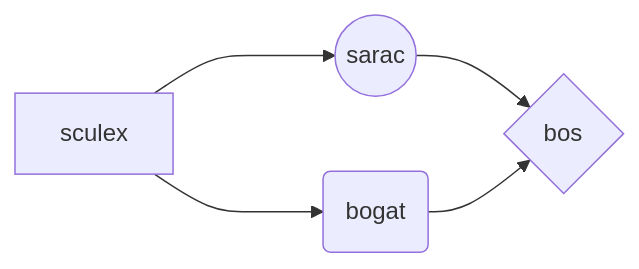
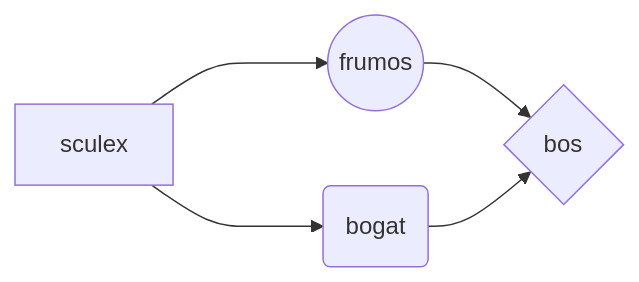
Before and after one commit to sculex/bosi: the first of 2 diagrams in README.md, drawn with Mermaid. The commit also changed other lines of this file, not shown here.

````diff
--- a/README.md
+++ b/README.md
@@ -22,7 +22,7 @@
 ```mermaid
 graph LR
-A[sculex] ---> B((sarac))
+A[sculex] ---> B((frumos))
 A --> C(bogat)
 B --> D{bos}
 C --> D
 ```
````
